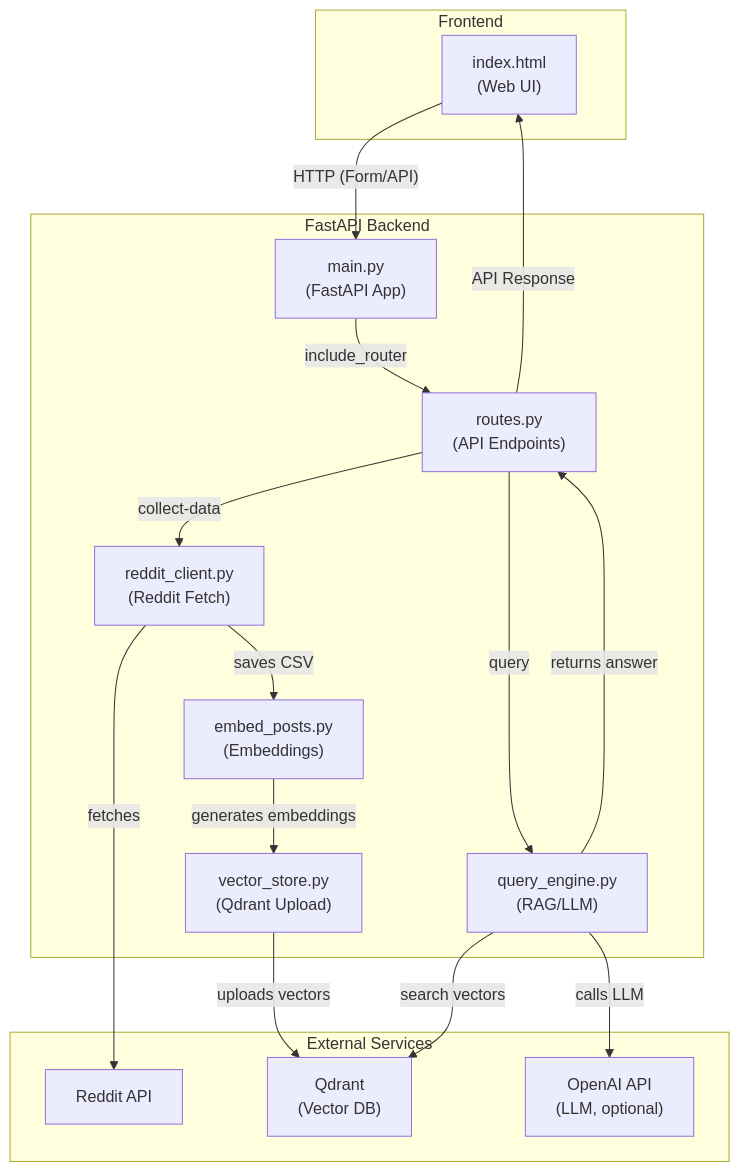
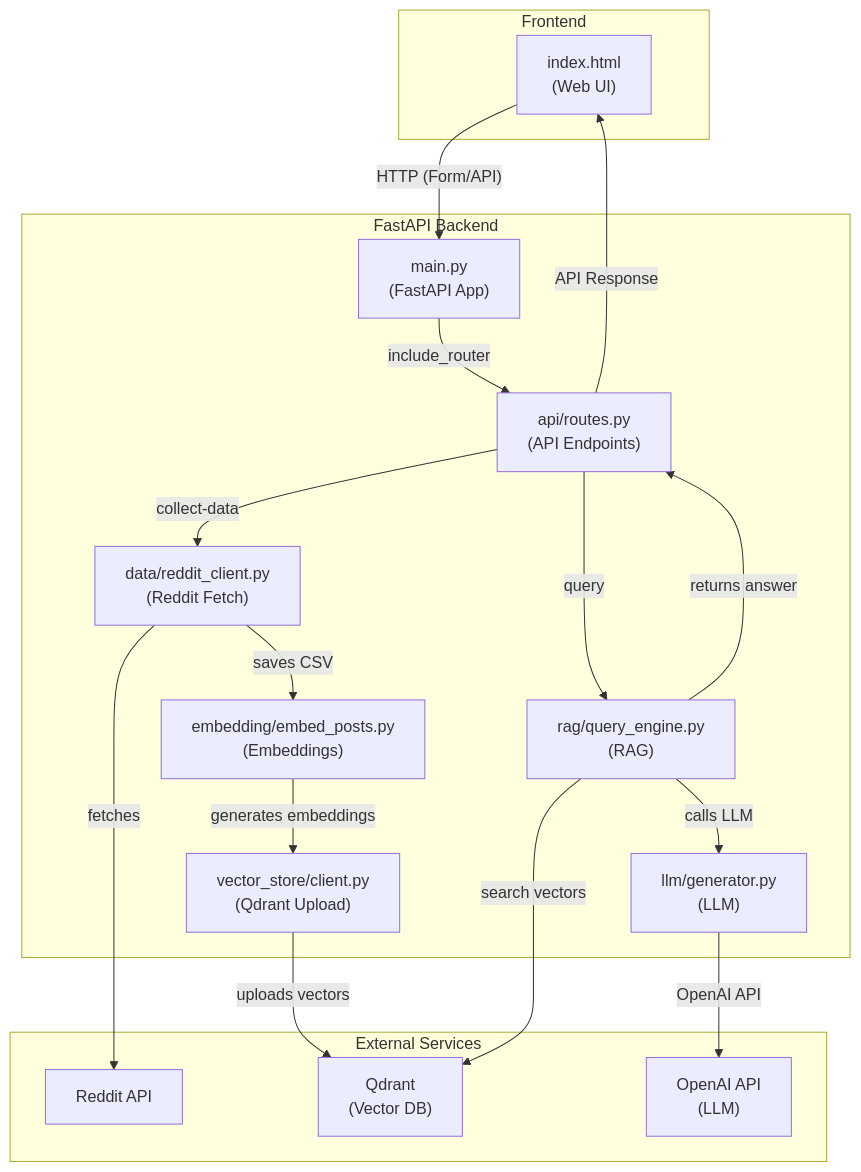
Before and after one commit to RobertBauer-dev/rag-stock-sentiment: the diagram in app/README.md, drawn with Mermaid. The commit also changed other lines of this file and 19 other files, not shown here.

Commit message:
Updated requirements and README for improved project structure; refactored embedding and query engine logic, integrating MLflow tracking and enhancing code organization. Removed deprecated vector_store.py and related run scripts.

````diff
--- a/app/README.md
+++ b/app/README.md
@@ -66,32 +131,34 @@
 ```mermaid
 graph TD
     subgraph Frontend
         A["index.html<br/>(Web UI)"]
     end
     subgraph FastAPI Backend
         B["main.py<br/>(FastAPI App)"]
-        C["routes.py<br/>(API Endpoints)"]
-        D["reddit_client.py<br/>(Reddit Fetch)"]
-        E["embed_posts.py<br/>(Embeddings)"]
-        F["vector_store.py<br/>(Qdrant Upload)"]
-        G["query_engine.py<br/>(RAG/LLM)"]
+        C["api/routes.py<br/>(API Endpoints)"]
+        D["data/reddit_client.py<br/>(Reddit Fetch)"]
+        E["embedding/embed_posts.py<br/>(Embeddings)"]
+        F["vector_store/client.py<br/>(Qdrant Upload)"]
+        G["rag/query_engine.py<br/>(RAG)"]
+        H["llm/generator.py<br/>(LLM)"]
     end
     subgraph External Services
-        H["Reddit API"]
-        I["Qdrant<br/>(Vector DB)"]
-        J["OpenAI API<br/>(LLM, optional)"]
+        I["Reddit API"]
+        J["Qdrant<br/>(Vector DB)"]
+        K["OpenAI API<br/>(LLM)"]
     end
 
     A -- HTTP (Form/API) --> B
     B -- include_router --> C
     C -- collect-data --> D
-    D -- fetches --> H
+    D -- fetches --> I
     D -- saves CSV --> E
     E -- generates embeddings --> F
-    F -- uploads vectors --> I
+    F -- uploads vectors --> J
     C -- query --> G
-    G -- search vectors --> I
-    G -- calls LLM --> J
+    G -- search vectors --> J
+    G -- calls LLM --> H
+    H -- OpenAI API --> K
     G -- returns answer --> C
     C -- API Response --> A
 ```
````
